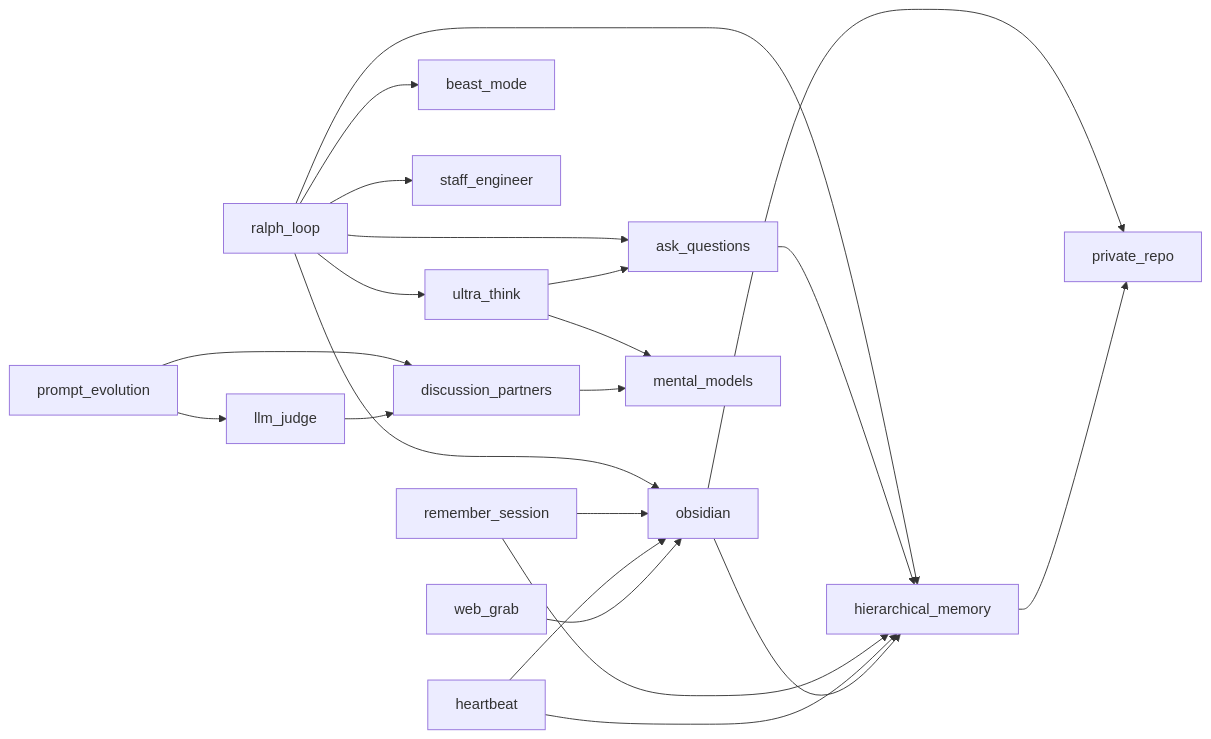
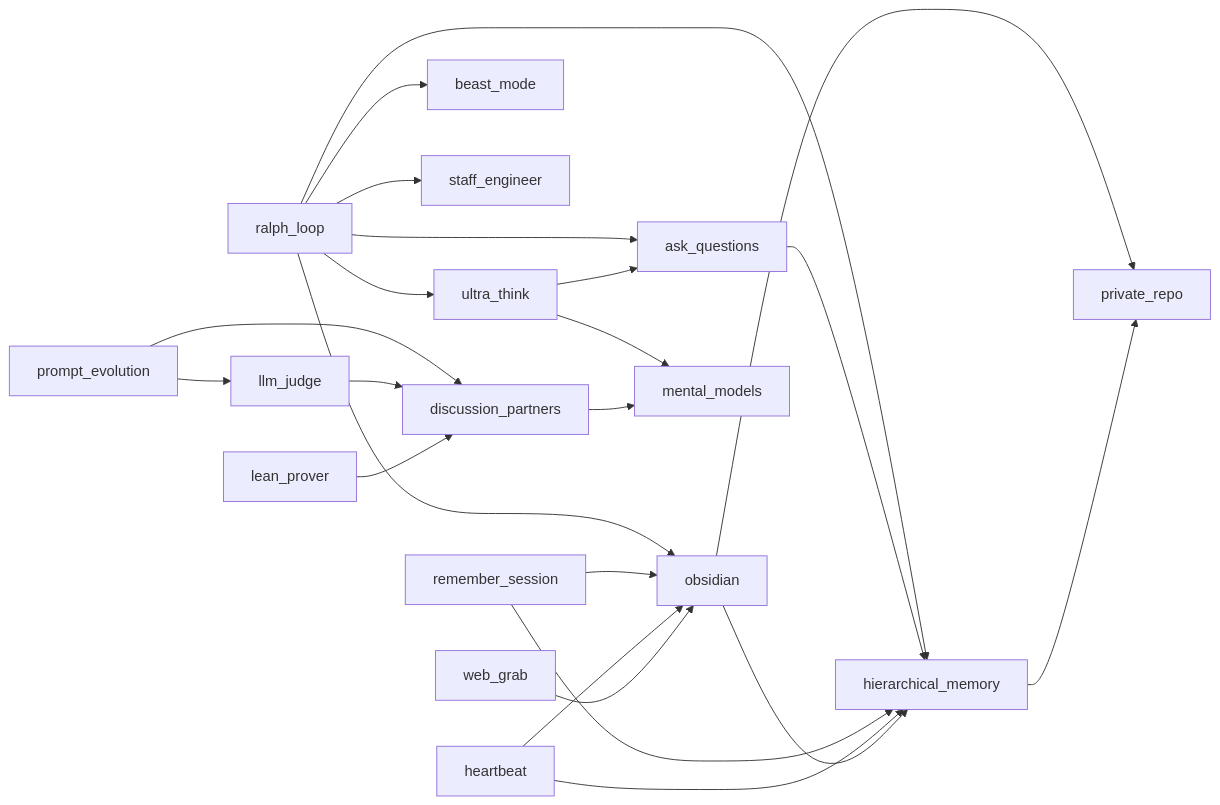
One commit to zachmayer/skills changed the diagram in README.md. Above: the diagram before and after it, drawn with Mermaid. The commit also changed other lines of this file, not shown here.

First line of the commit message:
Fix skill graph: add lean_prover → discussion_partners edge

````diff
--- a/README.md
+++ b/README.md
@@ -107,24 +107,25 @@
 ```mermaid
 graph LR
     ralph_loop --> ultra_think
     ralph_loop --> beast_mode
     ralph_loop --> staff_engineer
     ralph_loop --> ask_questions
     ralph_loop --> hierarchical_memory
     ralph_loop --> obsidian
     ultra_think --> mental_models
     ultra_think --> ask_questions
     ask_questions --> hierarchical_memory
     prompt_evolution --> discussion_partners
     prompt_evolution --> llm_judge
     llm_judge --> discussion_partners
     discussion_partners --> mental_models
     remember_session --> hierarchical_memory
     remember_session --> obsidian
     heartbeat --> hierarchical_memory
     heartbeat --> obsidian
     obsidian --> hierarchical_memory
     obsidian --> private_repo
     hierarchical_memory --> private_repo
     web_grab --> obsidian
+    lean_prover --> discussion_partners
 ```
````
